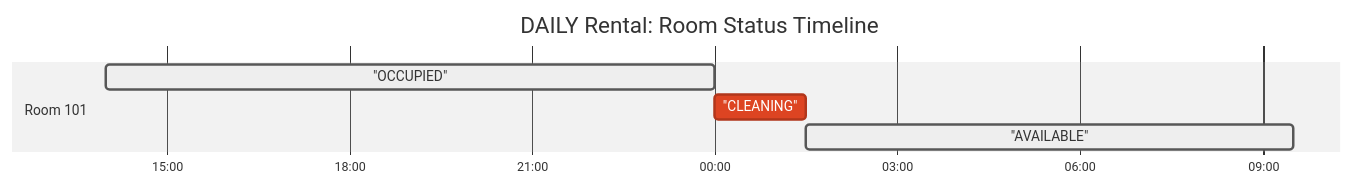
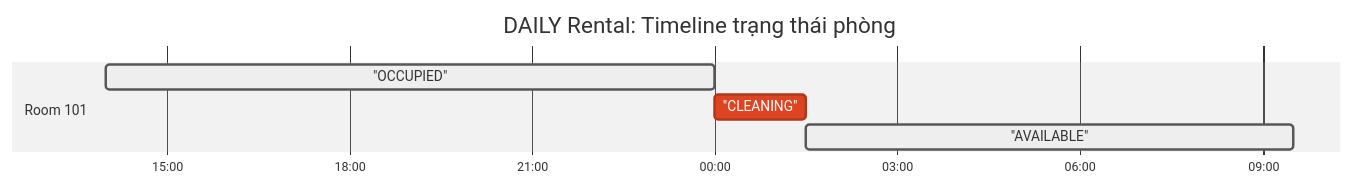
Diagram 14 of 54 in Mermaid.md (PhamVietHoangFPT/databaseHomi), drawn with Mermaid (neutral theme) before and after one commit. The commit also changed other lines of this file and 3 other files, not shown here.

````diff
--- a/Mermaid.md
+++ b/Mermaid.md
@@ -541,11 +541,11 @@
 ```mermaid
 gantt
-    title DAILY Rental: Room Status Timeline
+    title DAILY Rental: Timeline trạng thái phòng
     dateFormat HH:mm
     axisFormat %H:%M
 
     section Room 101
     "OCCUPIED"   :active, o1, 14:00, 10h
     "CLEANING"   :crit,   c1, after o1, 90m
     "AVAILABLE"  :active, a1, after c1, 8h
 ```
````
